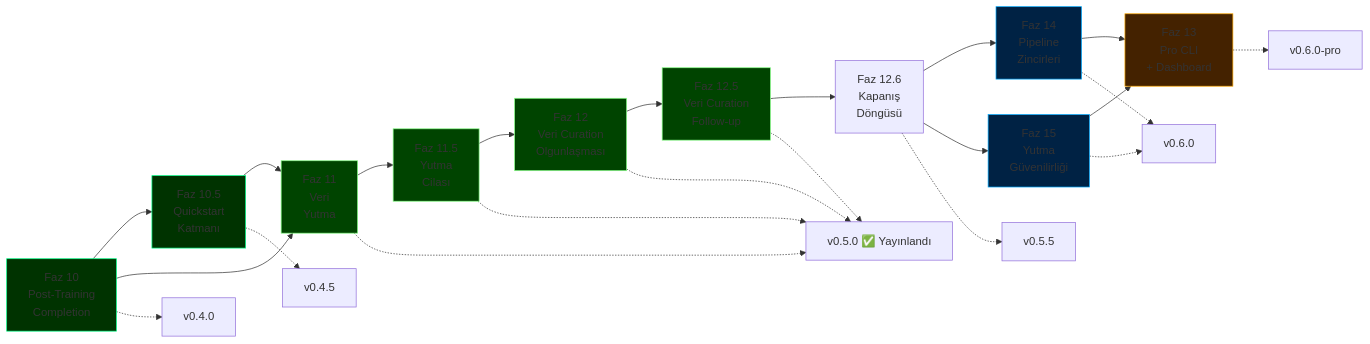
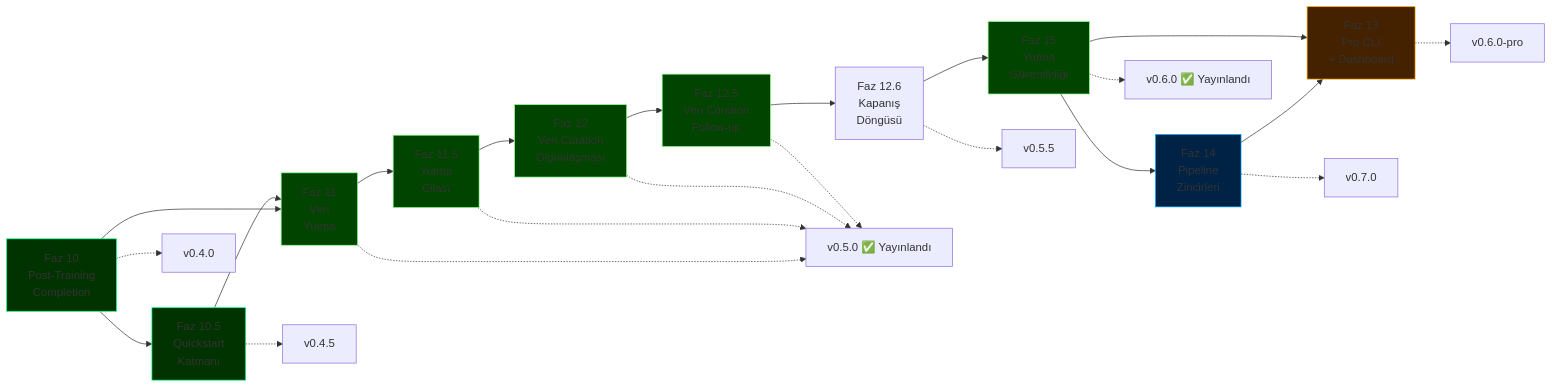
The diagram in docs/roadmap-tr.md (cemililik/ForgeLM), drawn with Mermaid before and after one commit. The commit also changed other lines of this file and 5 other files, not shown here.

````diff
--- a/docs/roadmap-tr.md
+++ b/docs/roadmap-tr.md
@@ -43,35 +43,35 @@
 ```mermaid
 graph LR
     P10[Faz 10<br/>Post-Training<br/>Completion] --> P105[Faz 10.5<br/>Quickstart<br/>Katmanı]
     P10 --> P11[Faz 11<br/>Veri<br/>Yutma]
     P105 --> P11
     P11 --> P115[Faz 11.5<br/>Yutma<br/>Cilası]
     P115 --> P12[Faz 12<br/>Veri Curation<br/>Olgunlaşması]
     P12 --> P125[Faz 12.5<br/>Veri Curation<br/>Follow-up]
     P125 --> P126[Faz 12.6<br/>Kapanış<br/>Döngüsü]
-    P126 --> P14[Faz 14<br/>Pipeline<br/>Zincirleri]
     P126 --> P15[Faz 15<br/>Yutma<br/>Güvenilirliği]
+    P15 --> P14[Faz 14<br/>Pipeline<br/>Zincirleri]
     P14 --> P13[Faz 13<br/>Pro CLI<br/>+ Dashboard]
     P15 --> P13
 
     P10 -.-> V1[v0.4.0]
     P105 -.-> V15[v0.4.5]
     P11 -.-> V2[v0.5.0 ✅ Yayınlandı]
     P115 -.-> V2
     P12 -.-> V2
     P125 -.-> V2
     P126 -.-> V25[v0.5.5]
-    P14 -.-> V23[v0.6.0]
-    P15 -.-> V23
+    P15 -.-> V23[v0.6.0 ✅ Yayınlandı]
+    P14 -.-> V27[v0.7.0]
     P13 -.-> V3[v0.6.0-pro]
 
     style P10 fill:#003300,stroke:#00ff88
     style P105 fill:#003300,stroke:#00ff88
     style P11 fill:#004400,stroke:#88ff88
     style P115 fill:#004400,stroke:#88ff88
     style P12 fill:#004400,stroke:#88ff88
     style P125 fill:#004400,stroke:#88ff88
+    style P15 fill:#004400,stroke:#88ff88
     style P14 fill:#002244,stroke:#00aaff
-    style P15 fill:#002244,stroke:#00aaff
     style P13 fill:#442200,stroke:#ffaa00
 ```
````
